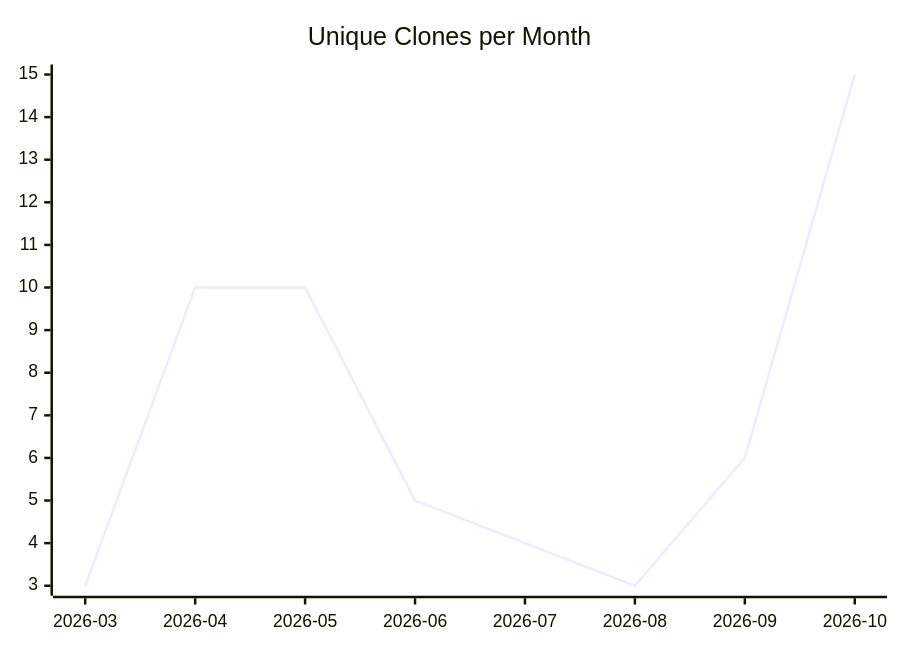
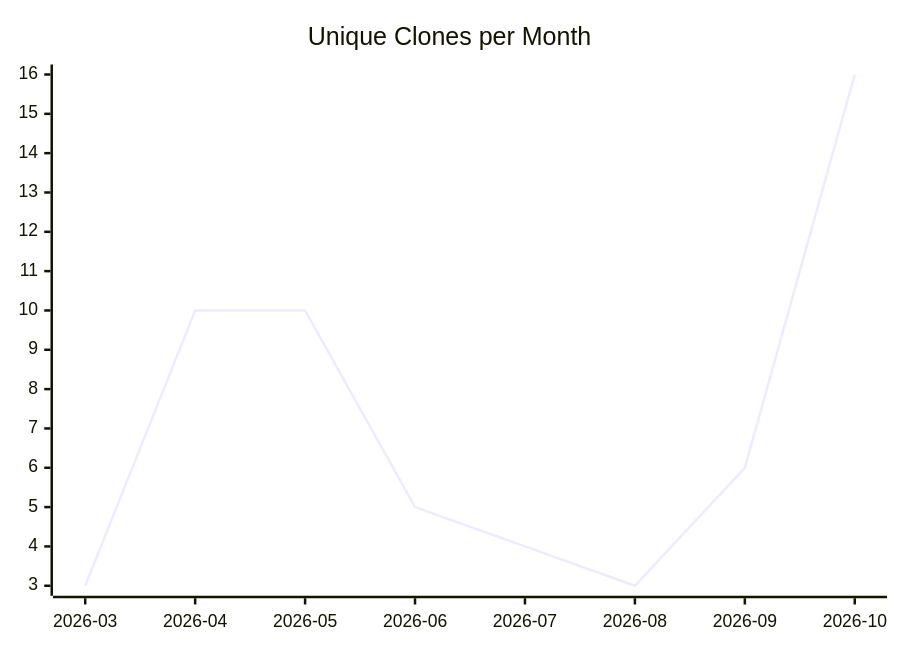
One commit to justdavis-family/github-analytics-data changed the third of 3 diagrams in karlmdavis/can-i-kayak-baltimore/README.md. Above: the diagram before and after it, drawn with Mermaid. The commit also changed other lines of this file and 199 other files, not shown here.

````diff
--- a/karlmdavis/can-i-kayak-baltimore/README.md
+++ b/karlmdavis/can-i-kayak-baltimore/README.md
@@ -19,6 +19,6 @@
 ```mermaid
 xychart-beta
   title "Unique Clones per Month"
   x-axis ["2026-03", "2026-04", "2026-05", "2026-06", "2026-07", "2026-08", "2026-09", "2026-10"]
-  line [3, 10, 10, 5, 4, 3, 6, 15]
+  line [3, 10, 10, 5, 4, 3, 6, 16]
 ```
````
